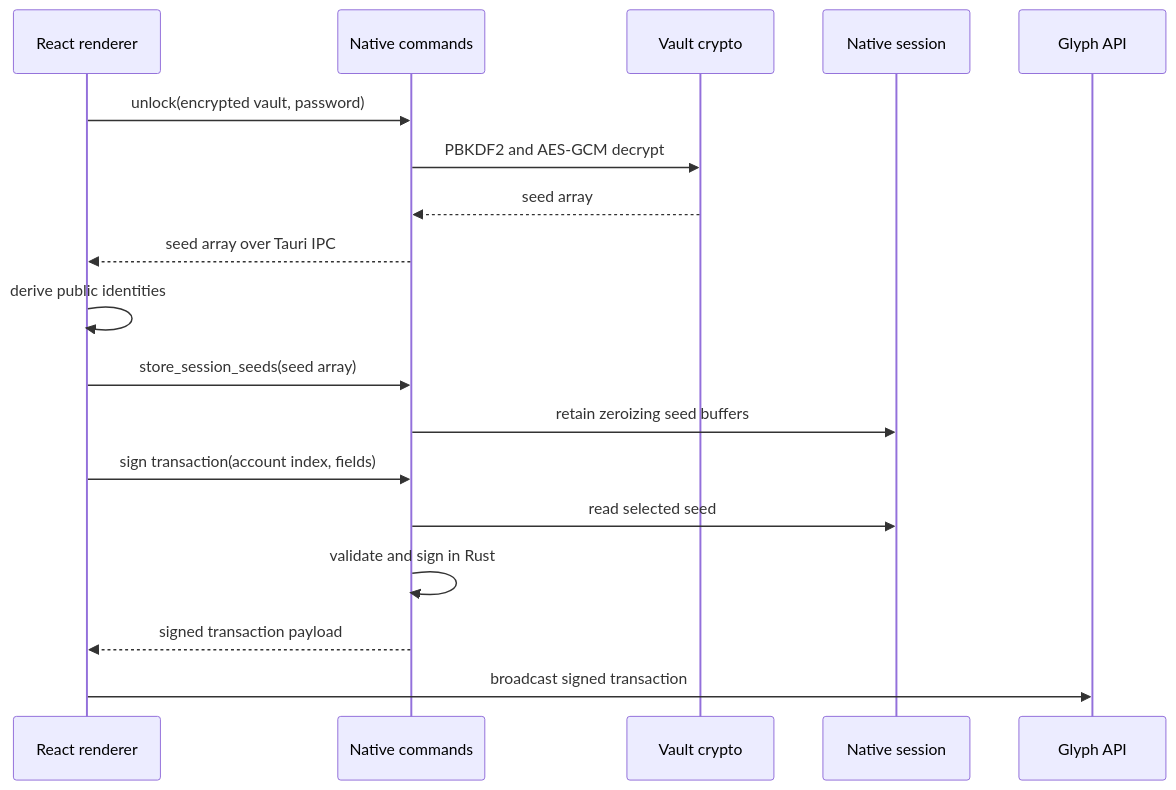
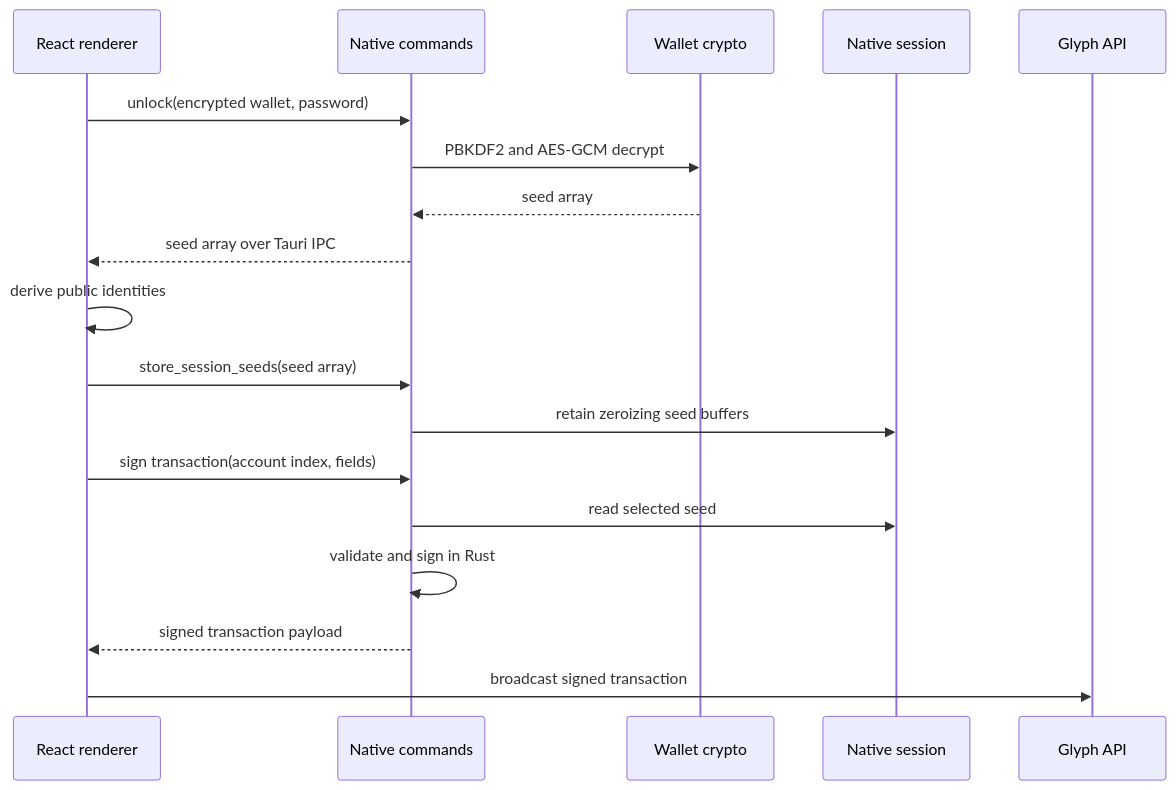
Before and after one commit to glyphq/wallet: the second of 2 diagrams in docs/ARCHITECTURE.md, drawn with Mermaid. The commit also changed other lines of this file and 8 other files, not shown here.

````diff
--- a/docs/ARCHITECTURE.md
+++ b/docs/ARCHITECTURE.md
@@ -267,21 +267,21 @@
 ```mermaid
 sequenceDiagram
     participant UI as React renderer
     participant Cmd as Native commands
-    participant Vault as Vault crypto
+    participant Wallet as Wallet crypto
     participant Session as Native session
     participant API as Glyph API
 
-    UI->>Cmd: unlock(encrypted vault, password)
-    Cmd->>Vault: PBKDF2 and AES-GCM decrypt
-    Vault-->>Cmd: seed array
+    UI->>Cmd: unlock(encrypted wallet, password)
+    Cmd->>Wallet: PBKDF2 and AES-GCM decrypt
+    Wallet-->>Cmd: seed array
     Cmd-->>UI: seed array over Tauri IPC
     UI->>UI: derive public identities
     UI->>Cmd: store_session_seeds(seed array)
     Cmd->>Session: retain zeroizing seed buffers
     UI->>Cmd: sign transaction(account index, fields)
     Cmd->>Session: read selected seed
     Cmd->>Cmd: validate and sign in Rust
     Cmd-->>UI: signed transaction payload
     UI->>API: broadcast signed transaction
 ```
````
